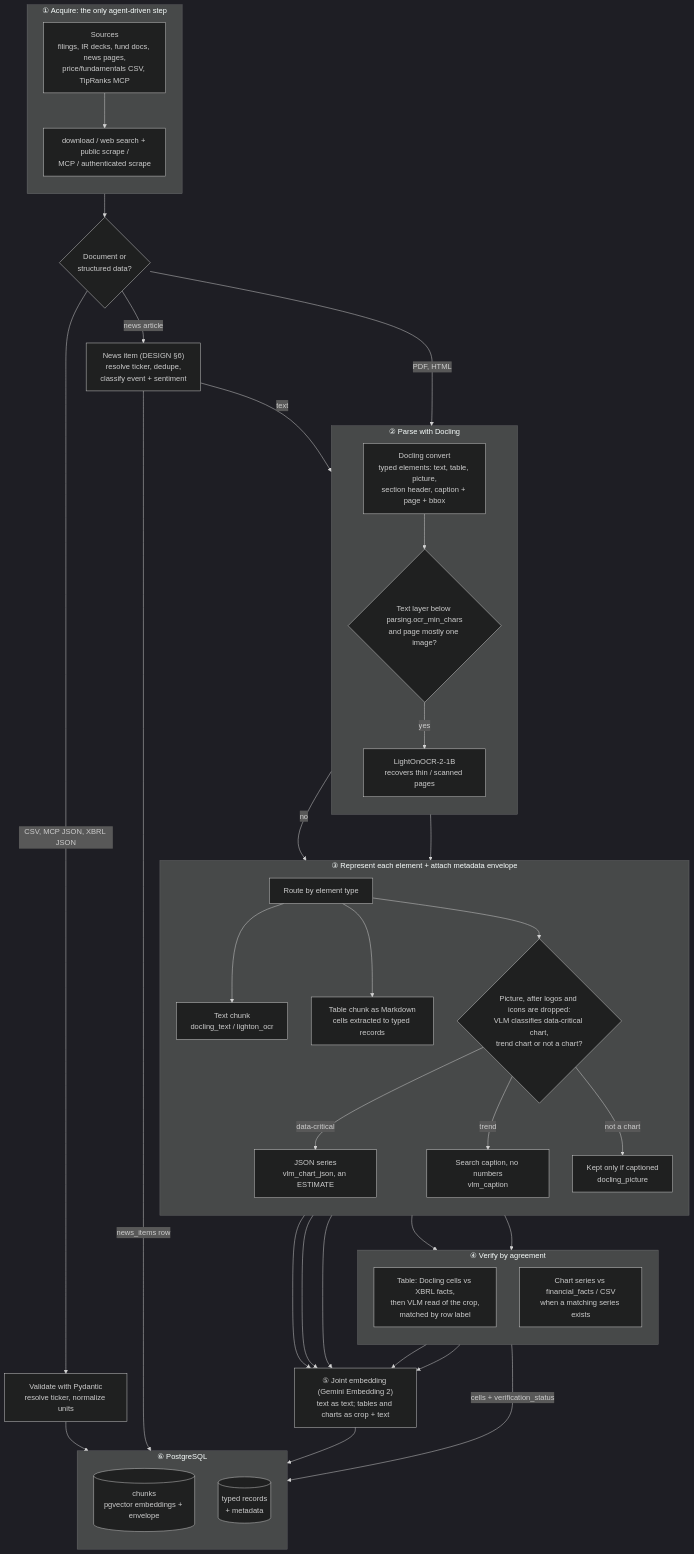
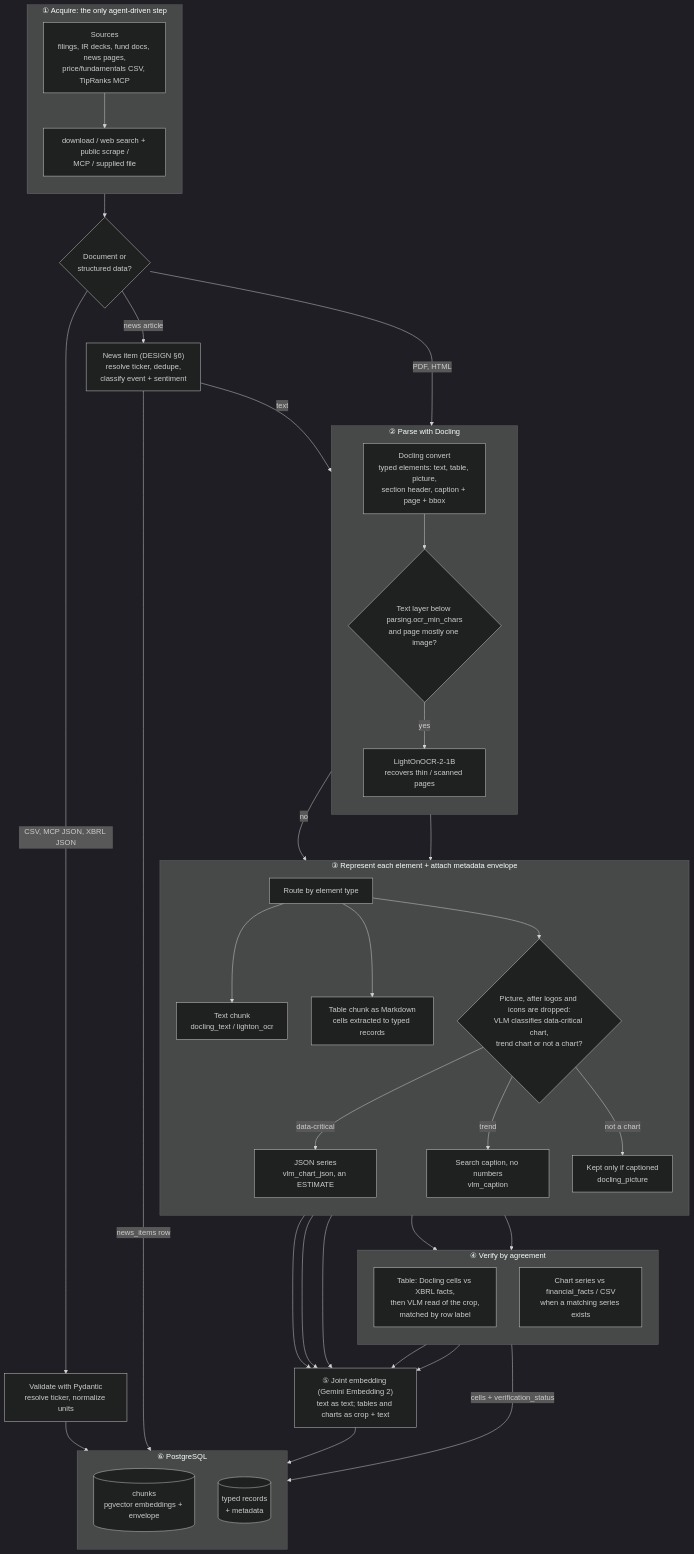
The second of 5 diagrams in PROPOSAL.md (chazyman/financial-agent-capstone), drawn with Mermaid (dark theme) before and after one commit. The commit also changed other lines of this file and 11 other files, not shown here.

````diff
--- a/PROPOSAL.md
+++ b/PROPOSAL.md
@@ -119,72 +173,72 @@
 ```mermaid
 flowchart TB
     subgraph ACQ["① Acquire: the only agent-driven step"]
         direction TB
         A["Sources<br/>filings, IR decks, fund docs, news pages,<br/>price/fundamentals CSV, TipRanks MCP"]
-        B1["download / web search + public scrape /<br/>MCP / authenticated scrape"]
+        B1["download / web search + public scrape /<br/>MCP / supplied file"]
         A --> B1
     end
 
     B1 --> KIND{"Document or<br/>structured data?"}
     KIND -->|"CSV, MCP JSON, XBRL JSON"| VAL["Validate with Pydantic<br/>resolve ticker, normalize units"]
 
     subgraph PARSE["② Parse with Docling"]
         direction TB
         DOC["Docling convert<br/>typed elements: text, table, picture,<br/>section header, caption + page + bbox"]
         OCRQ{"Text layer below parsing.ocr_min_chars<br/>and page mostly one image?"}
         OCR["LightOnOCR-2-1B<br/>recovers thin / scanned pages"]
         DOC --> OCRQ
         OCRQ -->|yes| OCR
     end
 
     KIND -->|"PDF, HTML"| DOC
     KIND -->|"news article"| NEWS["News item (DESIGN §6)<br/>resolve ticker, dedupe,<br/>classify event + sentiment"]
     NEWS -->|text| DOC
 
     subgraph REP["③ Represent each element + attach metadata envelope"]
         direction TB
         ROUTE["Route by element type"]
         TXT["Text chunk<br/>docling_text / lighton_ocr"]
         TBL["Table chunk as Markdown<br/>cells extracted to typed records"]
         CH{"Picture, after logos and icons are dropped:<br/>VLM classifies data-critical chart,<br/>trend chart or not a chart?"}
         CJ["JSON series<br/>vlm_chart_json, an ESTIMATE"]
         CC["Search caption, no numbers<br/>vlm_caption"]
         PIC["Kept only if captioned<br/>docling_picture"]
         ROUTE --> TXT
         ROUTE --> TBL
         ROUTE --> CH
         CH -->|data-critical| CJ
         CH -->|trend| CC
         CH -->|not a chart| PIC
     end
 
     OCRQ -->|no| ROUTE
     OCR --> ROUTE
 
     subgraph VER["④ Verify by agreement"]
         direction TB
         VT["Table: Docling cells vs XBRL facts,<br/>then VLM read of the crop,<br/>matched by row label"]
         VC["Chart series vs financial_facts / CSV<br/>when a matching series exists"]
     end
 
     TBL --> VT
     CJ --> VC
 
     EMB["⑤ Joint embedding (Gemini Embedding 2)<br/>text as text; tables and charts as crop + text"]
     TXT --> EMB
     CC --> EMB
     PIC --> EMB
     VT --> EMB
     VC --> EMB
 
     subgraph STORE["⑥ PostgreSQL"]
         direction TB
         C2[("chunks<br/>pgvector embeddings + envelope")]
         C1[("typed records<br/>+ metadata")]
     end
 
     EMB --> C2
     VT -->|cells + verification_status| C1
     VAL --> C1
     NEWS -->|news_items row| C1
 ```
````
